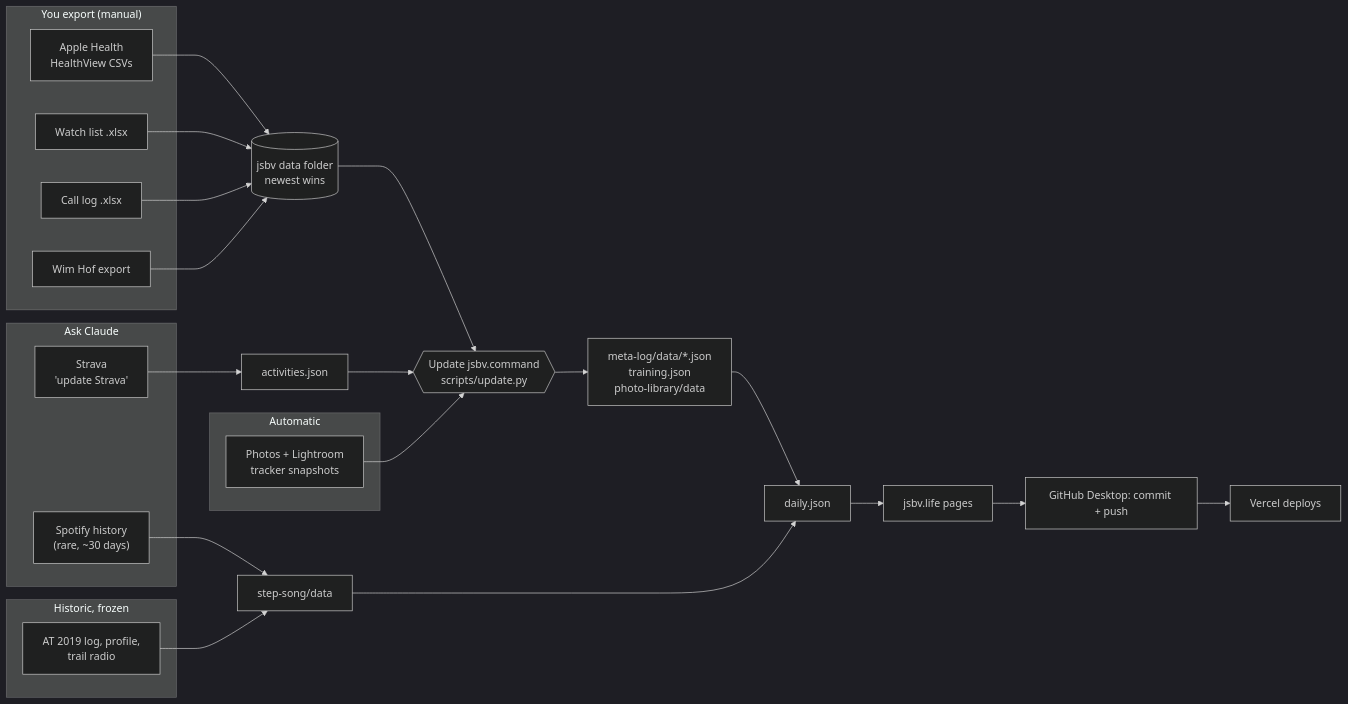
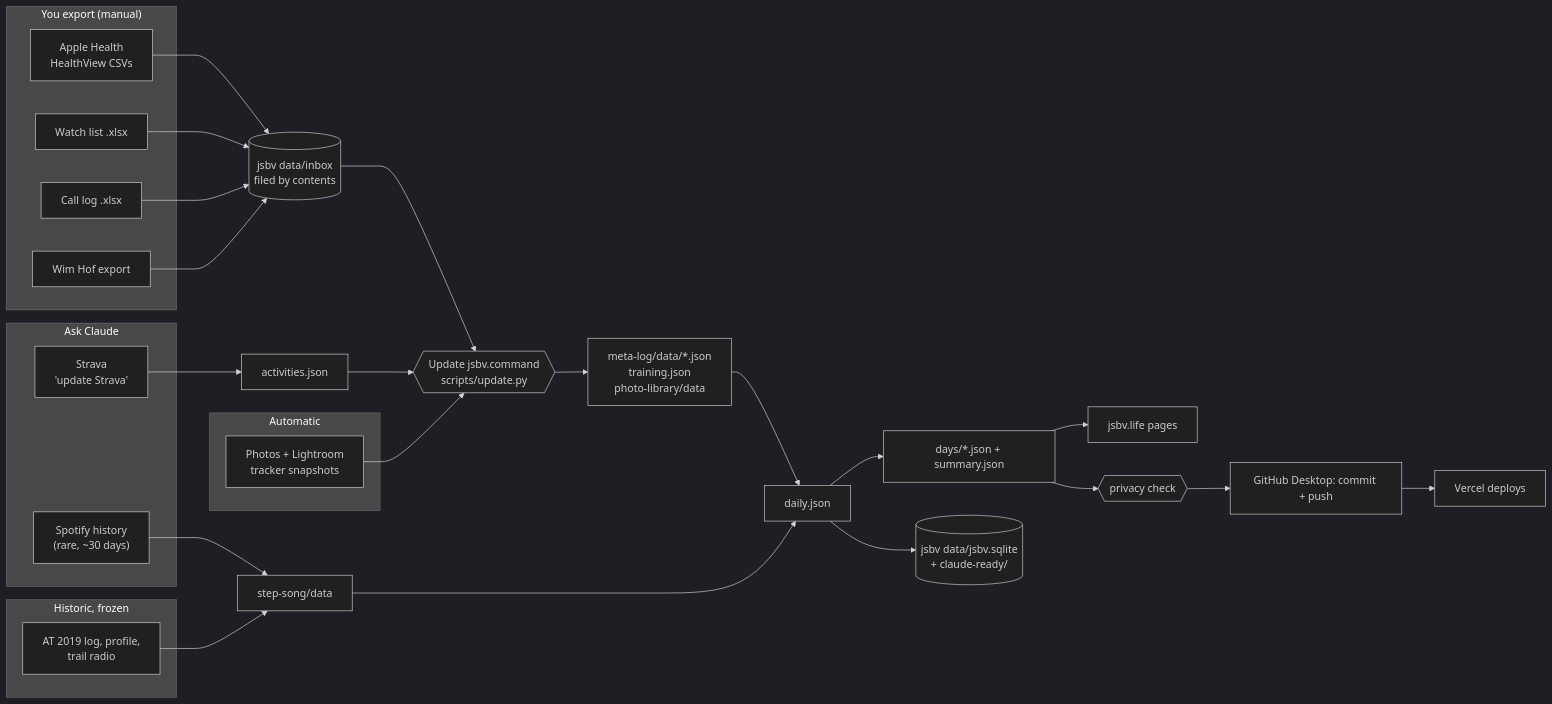
Before and after one commit to JSBVcreations/jsbv.life: the diagram in docs/UPDATING.md, drawn with Mermaid (dark theme). The commit also changed other lines of this file and 5 other files, not shown here.

````diff
--- a/docs/UPDATING.md
+++ b/docs/UPDATING.md
@@ -43,35 +43,36 @@
 ```mermaid
 flowchart LR
   subgraph M["You export (manual)"]
     H["Apple Health<br/>HealthView CSVs"]
     W["Watch list .xlsx"]
     C["Call log .xlsx"]
     B["Wim Hof export"]
   end
   subgraph CL["Ask Claude"]
     ST["Strava<br/>'update Strava'"]
     SP["Spotify history<br/>(rare, ~30 days)"]
   end
   subgraph AU["Automatic"]
     PH["Photos + Lightroom<br/>tracker snapshots"]
   end
   subgraph HI["Historic, frozen"]
     AT["AT 2019 log, profile,<br/>trail radio"]
   end
-  INBOX[("jsbv data folder<br/>newest wins")]
+  INBOX[("jsbv data/inbox<br/>filed by contents")]
   UP{{"Update jsbv.command<br/>scripts/update.py"}}
   H --> INBOX
   W --> INBOX
   C --> INBOX
   B --> INBOX
   INBOX --> UP
   ST --> ACT["activities.json"] --> UP
   PH --> UP
   SP --> SS["step-song/data"]
   AT --> SS
   UP --> J["meta-log/data/*.json<br/>training.json<br/>photo-library/data"]
   J --> D["daily.json"]
   SS --> D
-  D --> SITE["jsbv.life pages"]
-  SITE --> GH["GitHub Desktop: commit + push"] --> V["Vercel deploys"]
+  D --> DW["days/*.json + summary.json"] --> SITE["jsbv.life pages"]
+  D --> DB[("jsbv data/jsbv.sqlite<br/>+ claude-ready/")]
+  DW --> PC{{"privacy check"}} --> GH["GitHub Desktop: commit + push"] --> V["Vercel deploys"]
 ```
````
